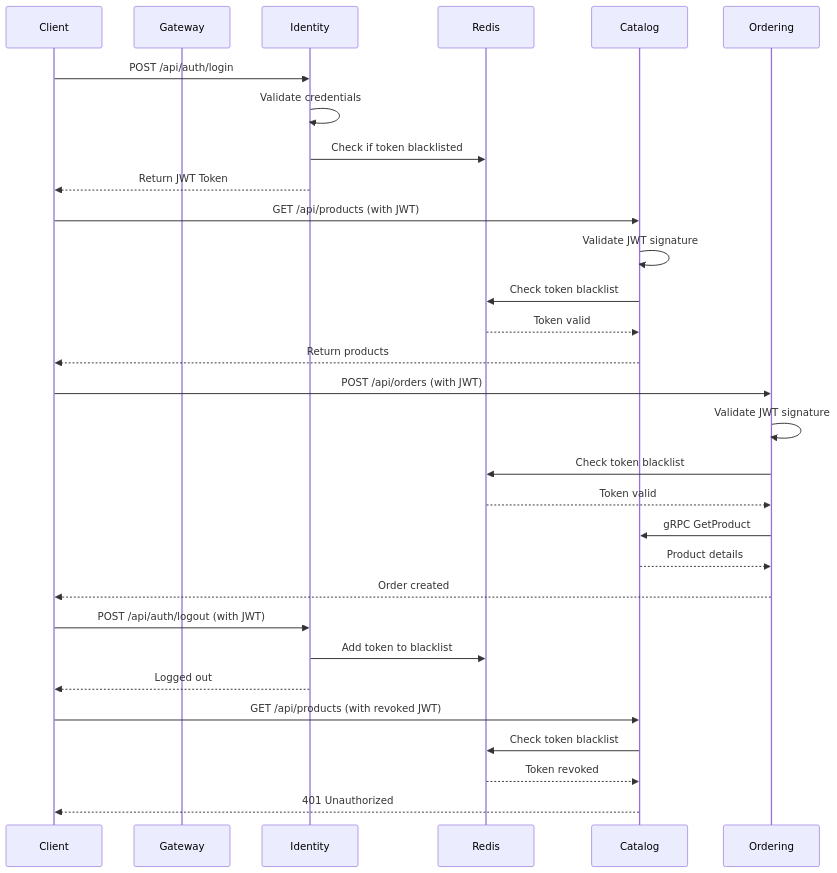
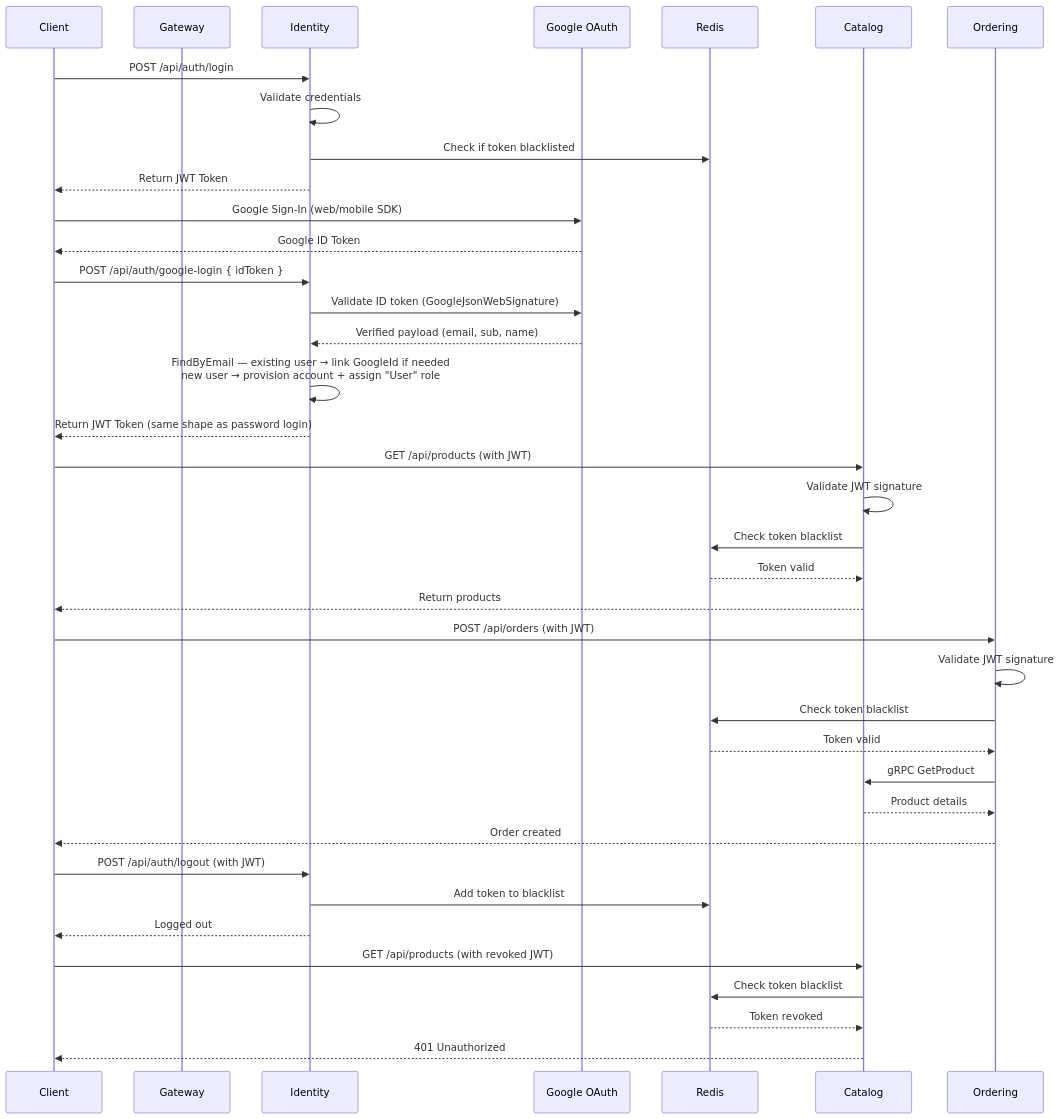
The fourth of 9 diagrams in docs/architecture.md (gndev-vn/DDDSample), drawn with Mermaid before and after one commit. The commit also changed other lines of this file and 73 other files, not shown here.

````diff
--- a/docs/architecture.md
+++ b/docs/architecture.md
@@ -142,37 +155,46 @@
 ```mermaid
 sequenceDiagram
     participant Client
     participant Gateway
     participant Identity
+    participant Google as Google OAuth
     participant Redis
     participant Catalog
     participant Ordering
 
     Client->>Identity: POST /api/auth/login
     Identity->>Identity: Validate credentials
     Identity->>Redis: Check if token blacklisted
     Identity-->>Client: Return JWT Token
+
+    Client->>Google: Google Sign-In (web/mobile SDK)
+    Google-->>Client: Google ID Token
+    Client->>Identity: POST /api/auth/google-login { idToken }
+    Identity->>Google: Validate ID token (GoogleJsonWebSignature)
+    Google-->>Identity: Verified payload (email, sub, name)
+    Identity->>Identity: FindByEmail — existing user → link GoogleId if needed<br/>new user → provision account + assign "User" role
+    Identity-->>Client: Return JWT Token (same shape as password login)
 
     Client->>Catalog: GET /api/products (with JWT)
     Catalog->>Catalog: Validate JWT signature
     Catalog->>Redis: Check token blacklist
     Redis-->>Catalog: Token valid
     Catalog-->>Client: Return products
 
     Client->>Ordering: POST /api/orders (with JWT)
     Ordering->>Ordering: Validate JWT signature
     Ordering->>Redis: Check token blacklist
     Redis-->>Ordering: Token valid
     Ordering->>Catalog: gRPC GetProduct
     Catalog-->>Ordering: Product details
     Ordering-->>Client: Order created
 
     Client->>Identity: POST /api/auth/logout (with JWT)
     Identity->>Redis: Add token to blacklist
     Identity-->>Client: Logged out
 
     Client->>Catalog: GET /api/products (with revoked JWT)
     Catalog->>Redis: Check token blacklist
     Redis-->>Catalog: Token revoked
     Catalog-->>Client: 401 Unauthorized
 ```
````
